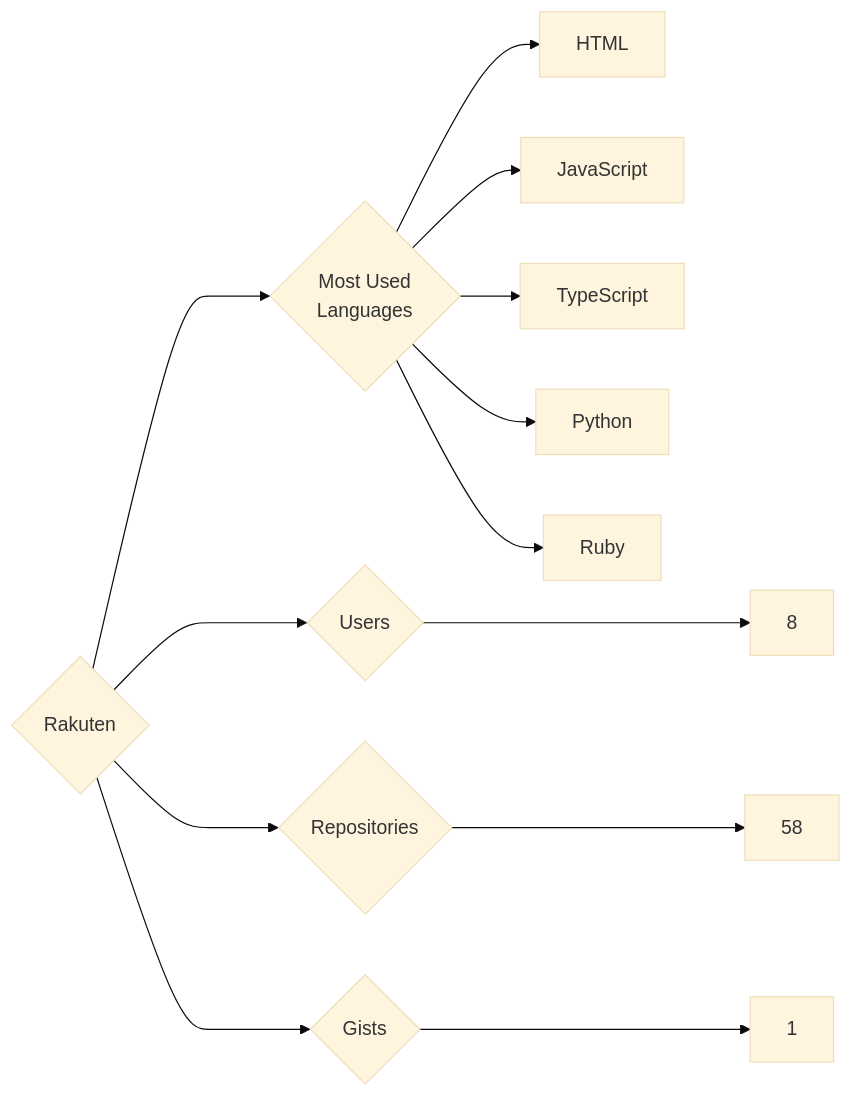
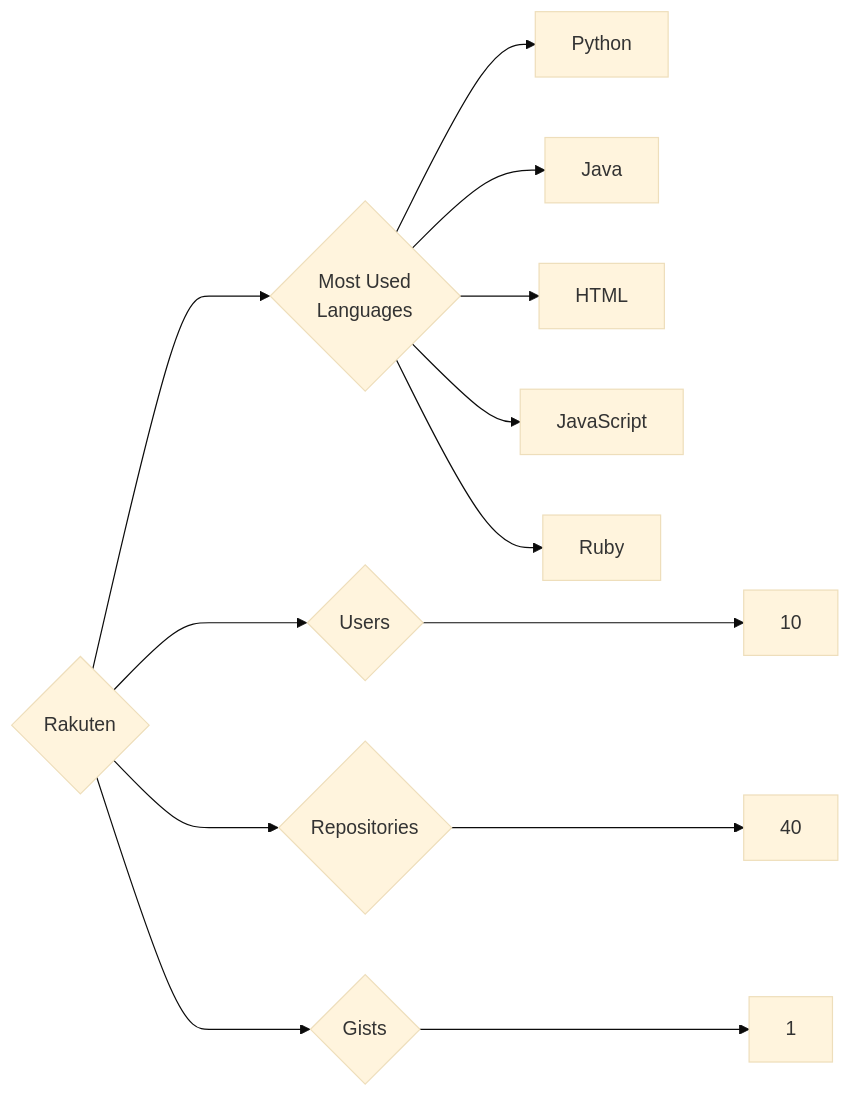
One commit to trickest/insiders changed the diagram in targets/Rakuten/README.md. Above: the diagram before and after it, drawn with Mermaid (base theme). The commit also changed 1508 other files, not shown here.

````diff
--- a/targets/Rakuten/README.md
+++ b/targets/Rakuten/README.md
@@ -3,13 +3,13 @@
 ```mermaid
 graph LR
 COMPANY_NAME{Rakuten}
-COMPANY_NAME ---> U{Users} ---> UN[8]
-COMPANY_NAME ---> R{Repositories} ---> RN[58]
+COMPANY_NAME ---> U{Users} ---> UN[10]
+COMPANY_NAME ---> R{Repositories} ---> RN[40]
 COMPANY_NAME ---> G{Gists} ---> GN[1]
 COMPANY_NAME ---> ML{Most Used<br>Languages}
+ML --> Python[Python]
+ML --> Java[Java]
 ML --> HTML[HTML]
 ML --> JavaScript[JavaScript]
-ML --> TypeScript[TypeScript]
-ML --> Python[Python]
 ML --> Ruby[Ruby]
 ```
````
